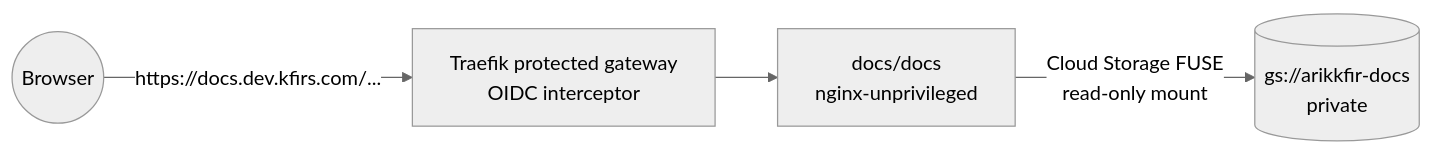
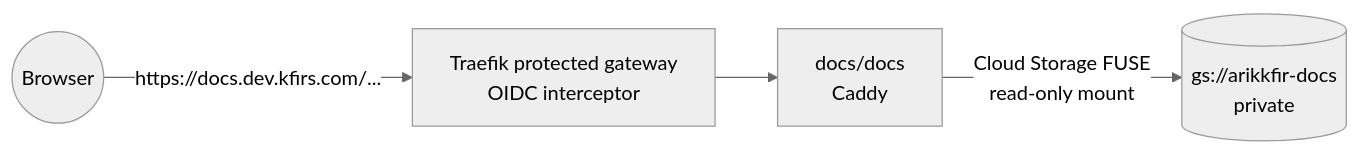
The third of 3 diagrams in hub/designs/phase-4-docs-site.md (arikkfir-org/docs), drawn with Mermaid (neutral theme) before and after one commit. The commit also changed other lines of this file and 3 other files, not shown here.

````diff
--- a/hub/designs/phase-4-docs-site.md
+++ b/hub/designs/phase-4-docs-site.md
@@ -62,6 +62,6 @@
 ```mermaid
 flowchart LR
   B((Browser)) -- "https://docs.dev.kfirs.com/..." --> T[Traefik protected gateway<br/>OIDC interceptor]
-  T --> N[docs/docs<br/>nginx-unprivileged]
+  T --> N[docs/docs<br/>Caddy]
   N -- "Cloud Storage FUSE<br/>read-only mount" --> G[(gs://arikkfir-docs<br/>private)]
 ```
````
